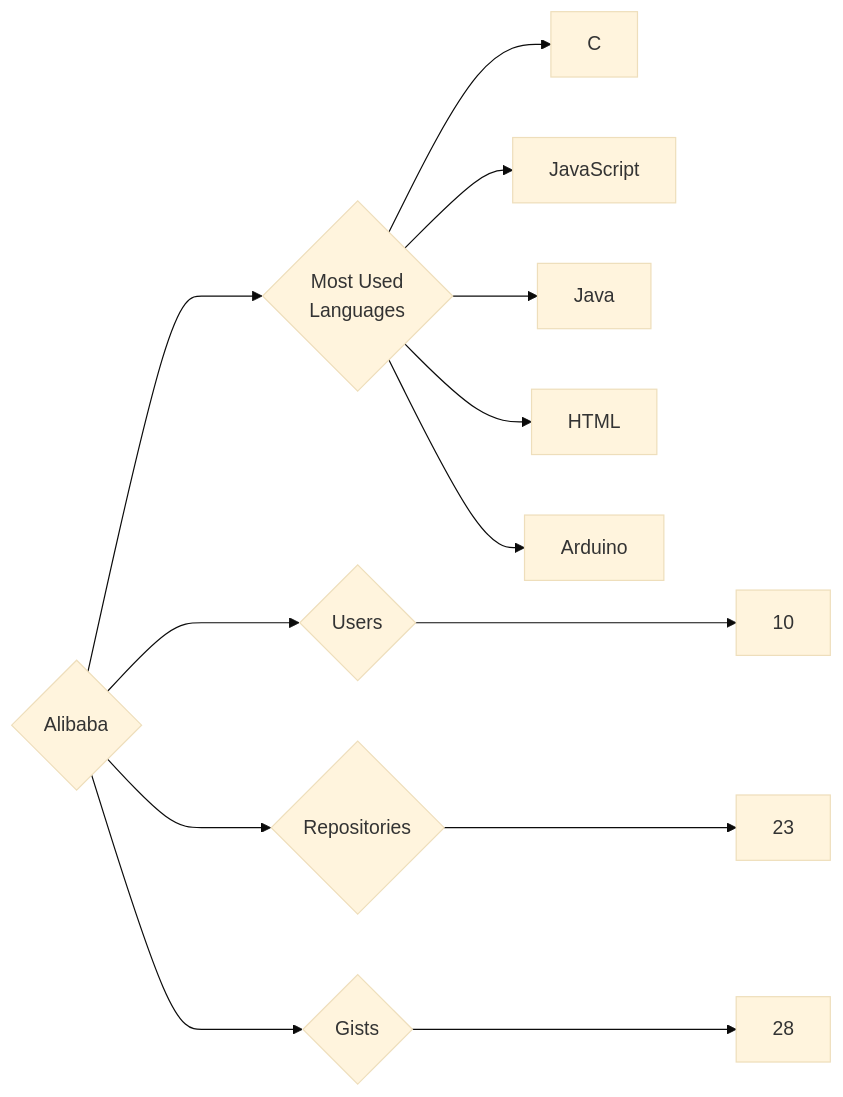
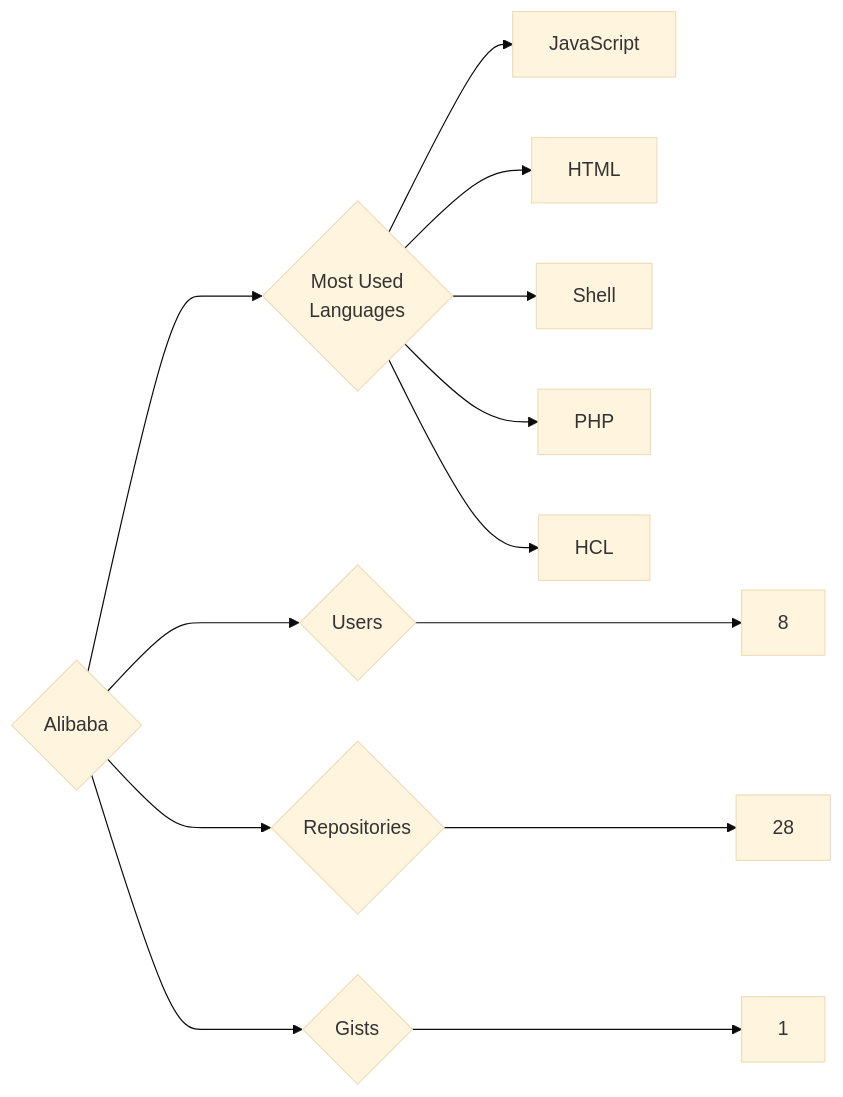
Before and after one commit to trickest/insiders: the diagram in targets/Alibaba/README.md, drawn with Mermaid (base theme). The commit also changed 993 other files, not shown here.

````diff
--- a/targets/Alibaba/README.md
+++ b/targets/Alibaba/README.md
@@ -3,13 +3,13 @@
 ```mermaid
 graph LR
 COMPANY_NAME{Alibaba}
-COMPANY_NAME ---> U{Users} ---> UN[10]
-COMPANY_NAME ---> R{Repositories} ---> RN[23]
-COMPANY_NAME ---> G{Gists} ---> GN[28]
+COMPANY_NAME ---> U{Users} ---> UN[8]
+COMPANY_NAME ---> R{Repositories} ---> RN[28]
+COMPANY_NAME ---> G{Gists} ---> GN[1]
 COMPANY_NAME ---> ML{Most Used<br>Languages}
-ML --> C[C]
 ML --> JavaScript[JavaScript]
-ML --> Java[Java]
 ML --> HTML[HTML]
-ML --> Arduino[Arduino]
+ML --> Shell[Shell]
+ML --> PHP[PHP]
+ML --> HCL[HCL]
 ```
````
